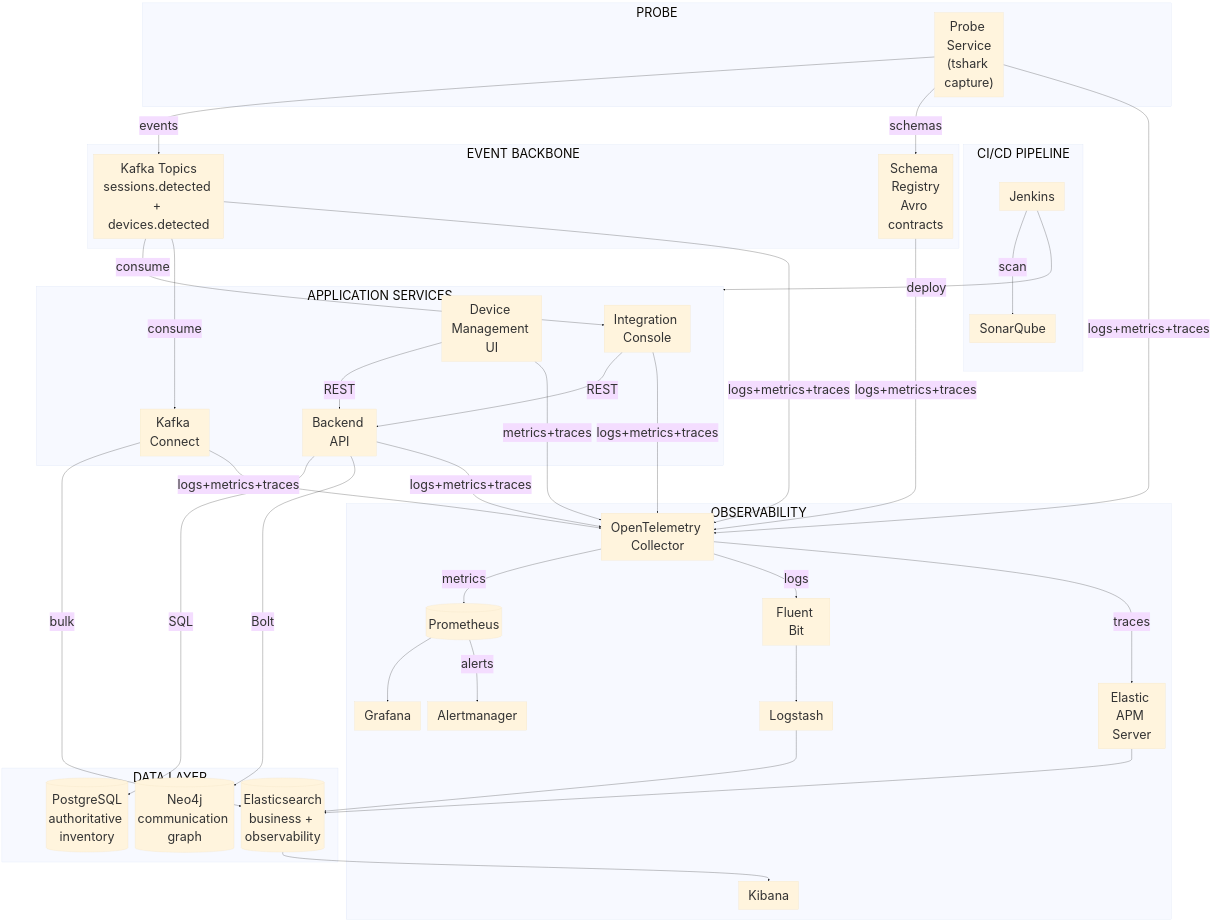
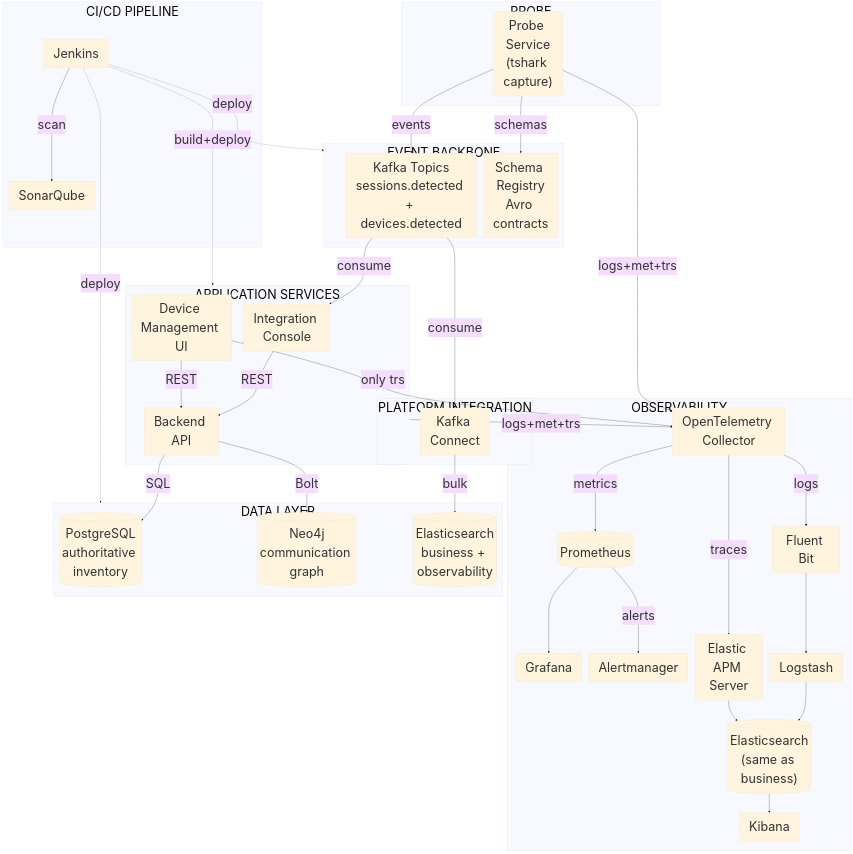
One commit to hugolomar/network-monitoring changed the diagram in docs/diagrams/000-architecture-overview.md. Above: the diagram before and after it, drawn with Mermaid. The commit also changed 3 other files, not shown here.

Commit message:
docs(diagrams): add observability and planned CI/CD views with status index

````diff
--- a/docs/diagrams/000-architecture-overview.md
+++ b/docs/diagrams/000-architecture-overview.md
@@ -25,11 +25,14 @@
     Schema["Schema Registry\nAvro contracts"]
   end
 
+  subgraph PT["PLATFORM INTEGRATION"]
+    Connect["Kafka Connect"]
+  end
+
   subgraph APP["APPLICATION SERVICES"]
     Console["Integration Console"]
     Backend["Backend API"]
     DeviceUI["Device Management UI"]
-    Connect["Kafka Connect"]
   end
 
   subgraph OBS["OBSERVABILITY"]
@@ -41,6 +44,7 @@
     Logstash["Logstash"]
     APM["Elastic APM Server"]
     Kibana["Kibana"]
+    Elasob[("Elasticsearch\n(same as business)")]
   end
 
   subgraph DATA["DATA LAYER"]
@@ -54,6 +58,7 @@
   Probe -->|"schemas"| Schema
   Kafka -->|"consume"| Console
   Kafka -->|"consume"| Connect
+  
 
   %% Application services: direction + protocol
   Console -->|"REST"| Backend
@@ -63,16 +68,14 @@
   Connect -->|"bulk"| Elastic
 
   %% CI/CD
-  Jenkins -->|"deploy"| APP
+  Jenkins -.->|"build+deploy"| APP
+  Jenkins -.->|"deploy"| BACKBONE
+  Jenkins -.->|"deploy"| DATA
 
   %% Telemetry per component
-  Probe -->|"logs+metrics+traces"| OTel
-  Kafka -->|"logs+metrics+traces"| OTel
-  Schema -->|"logs+metrics+traces"| OTel
-  Console -->|"logs+metrics+traces"| OTel
-  Backend -->|"logs+metrics+traces"| OTel
-  Connect -->|"logs+metrics+traces"| OTel
-  DeviceUI -->|"metrics+traces"| OTel
+  Probe -->|"logs+met+trs"| OTel
+  APP -->|"logs+met+trs"| OTel
+  DeviceUI -->|"only trs"| OTel
 
   %% Metrics leg
   OTel -->|"metrics"| Prom
@@ -83,7 +86,7 @@
   OTel -->|"logs"| FluentBit
   OTel -->|"traces"| APM
   FluentBit --> Logstash
-  Logstash --> Elastic
-  APM --> Elastic
-  Elastic --> Kibana
+  Logstash --> Elasob
+  APM --> Elasob
+  Elasob --> Kibana
 ```
````
